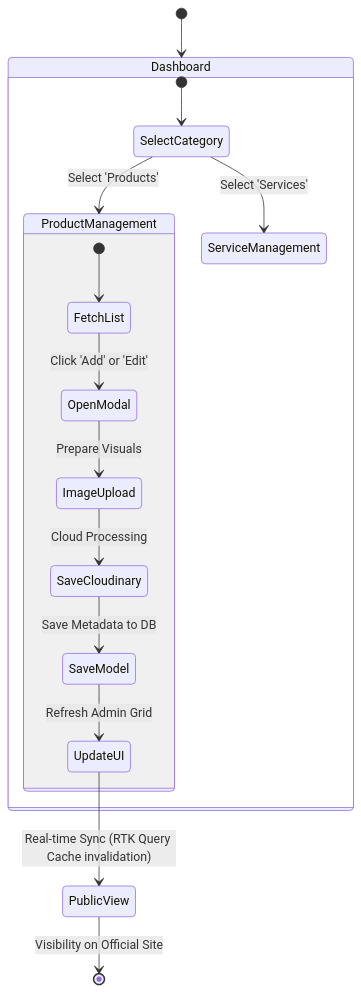
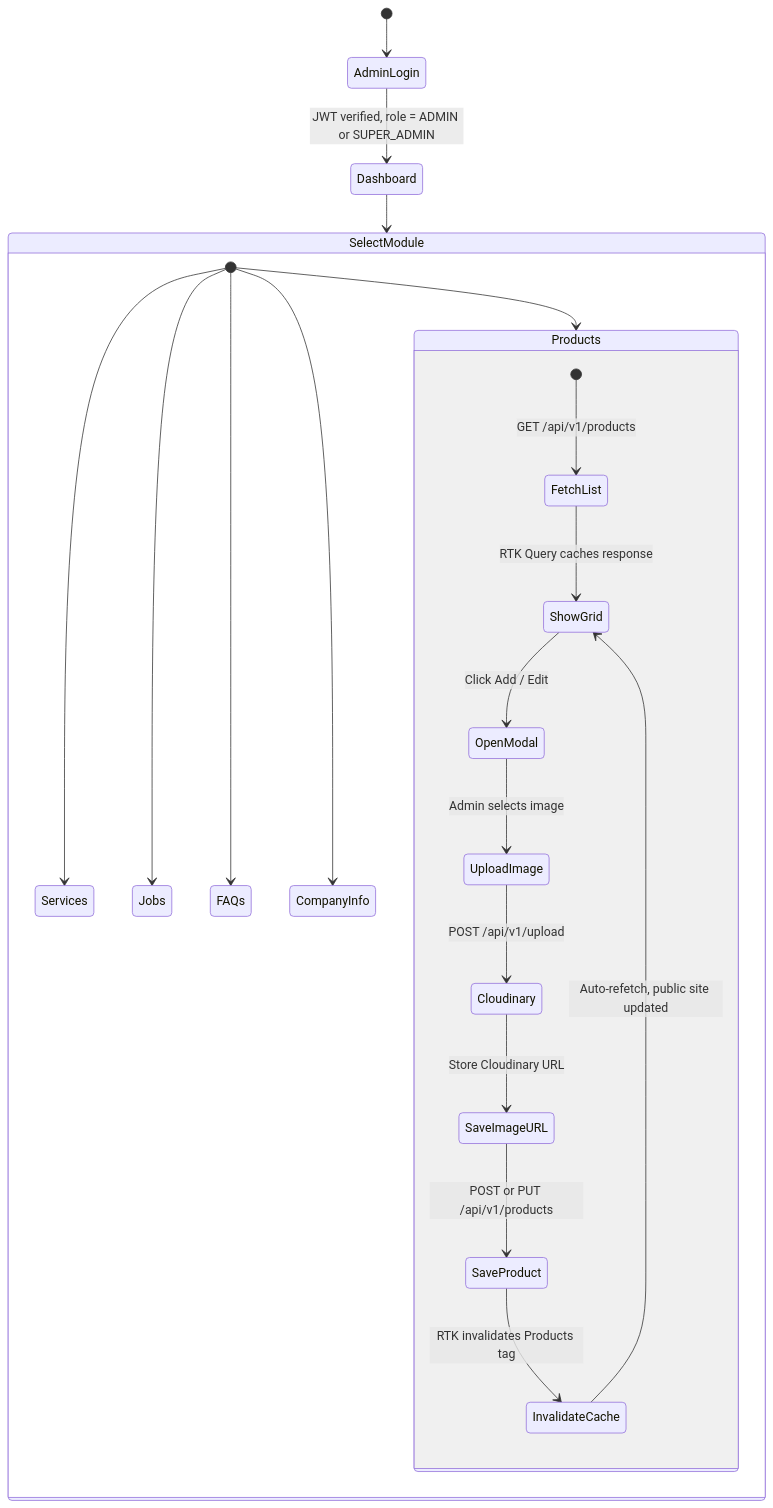
Before and after one commit to SAKTHIIIVEL/final_year_prj: the fifth of 7 diagrams in final_doc.md, drawn with Mermaid. The commit also changed other lines of this file and 3 other files, not shown here.

````diff
--- a/final_doc.md
+++ b/final_doc.md
@@ -259,20 +660,26 @@
 ```mermaid
 stateDiagram-v2
-    [*] --> Dashboard
-    state Dashboard {
-        [*] --> SelectCategory
-        SelectCategory --> ProductManagement : Select 'Products'
-        SelectCategory --> ServiceManagement : Select 'Services'
-        
-        state ProductManagement {
-            [*] --> FetchList
-            FetchList --> OpenModal : Click 'Add' or 'Edit'
-            OpenModal --> ImageUpload : Prepare Visuals
-            ImageUpload --> SaveCloudinary : Cloud Processing
-            SaveCloudinary --> SaveModel : Save Metadata to DB
-            SaveModel --> UpdateUI : Refresh Admin Grid
+    [*] --> AdminLogin
+    AdminLogin --> Dashboard: JWT verified, role = ADMIN or SUPER_ADMIN
+    Dashboard --> SelectModule
+
+    state SelectModule {
+        [*] --> Products
+        [*] --> Services
+        [*] --> Jobs
+        [*] --> FAQs
+        [*] --> CompanyInfo
+
+        state Products {
+            [*] --> FetchList: GET /api/v1/products
+            FetchList --> ShowGrid: RTK Query caches response
+            ShowGrid --> OpenModal: Click Add / Edit
+            OpenModal --> UploadImage: Admin selects image
+            UploadImage --> Cloudinary: POST /api/v1/upload
+            Cloudinary --> SaveImageURL: Store Cloudinary URL
+            SaveImageURL --> SaveProduct: POST or PUT /api/v1/products
+            SaveProduct --> InvalidateCache: RTK invalidates Products tag
+            InvalidateCache --> ShowGrid: Auto-refetch, public site updated
         }
     }
-    UpdateUI --> PublicView : Real-time Sync (RTK Query Cache invalidation)
-    PublicView --> [*] : Visibility on Official Site
 ```
````
